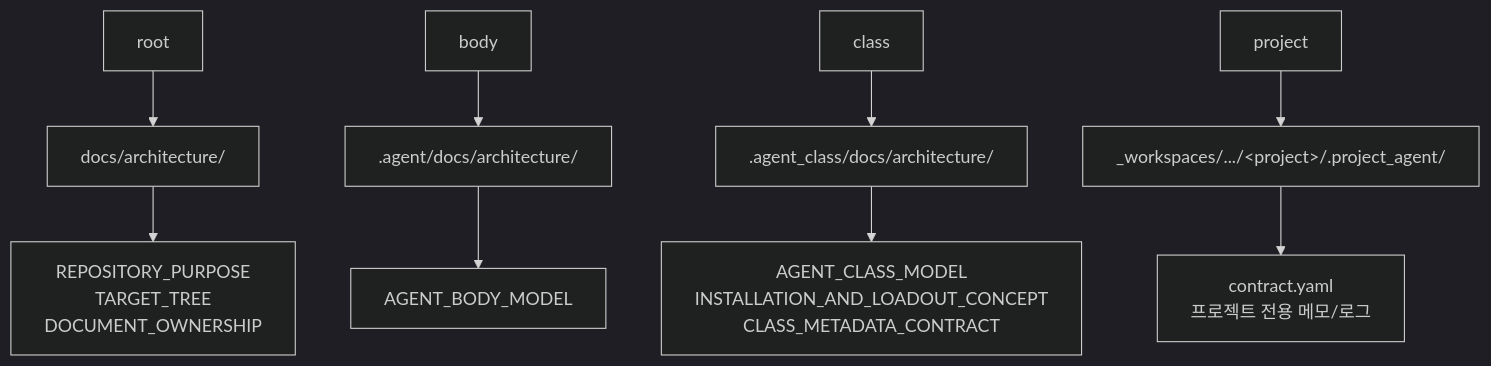
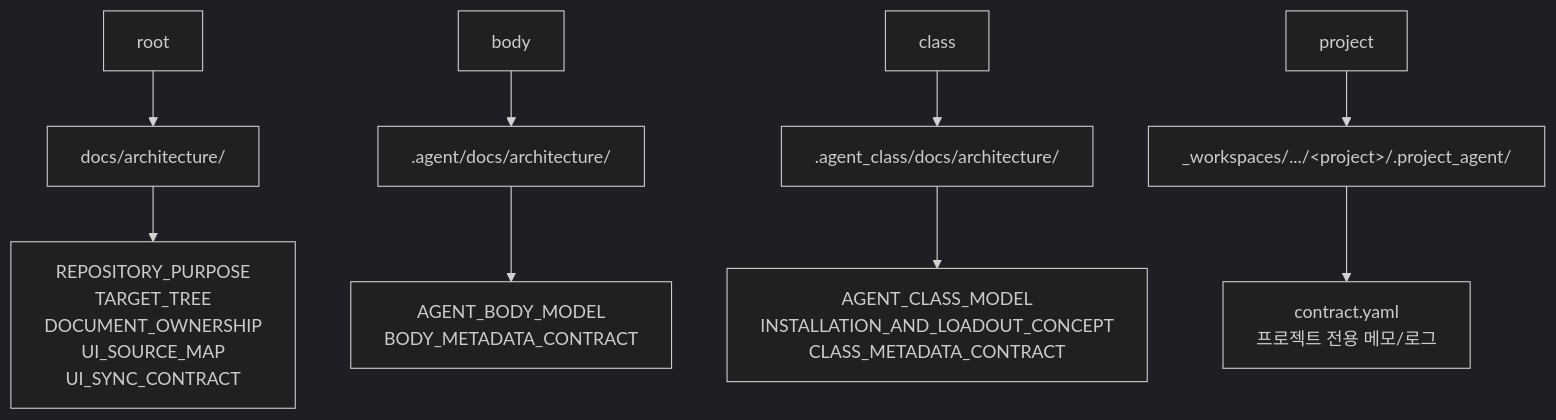
The diagram in docs/architecture/DOCUMENT_OWNERSHIP.md (SungYongMOON/soulforge), drawn with Mermaid (dark theme) before and after one commit. The commit also changed other lines of this file and 17 other files, not shown here.

````diff
--- a/docs/architecture/DOCUMENT_OWNERSHIP.md
+++ b/docs/architecture/DOCUMENT_OWNERSHIP.md
@@ -9,11 +9,11 @@
 ```mermaid
 flowchart TD
   O1["root"] --> P1["docs/architecture/"]
   O2["body"] --> P2[".agent/docs/architecture/"]
   O3["class"] --> P3[".agent_class/docs/architecture/"]
   O4["project"] --> P4["_workspaces/.../&lt;project&gt;/.project_agent/"]
-  P1 --> E1["REPOSITORY_PURPOSE<br/>TARGET_TREE<br/>DOCUMENT_OWNERSHIP"]
-  P2 --> E2["AGENT_BODY_MODEL"]
+  P1 --> E1["REPOSITORY_PURPOSE<br/>TARGET_TREE<br/>DOCUMENT_OWNERSHIP<br/>UI_SOURCE_MAP<br/>UI_SYNC_CONTRACT"]
+  P2 --> E2["AGENT_BODY_MODEL<br/>BODY_METADATA_CONTRACT"]
   P3 --> E3["AGENT_CLASS_MODEL<br/>INSTALLATION_AND_LOADOUT_CONCEPT<br/>CLASS_METADATA_CONTRACT"]
   P4 --> E4["contract.yaml<br/>프로젝트 전용 메모/로그"]
 ```
````
